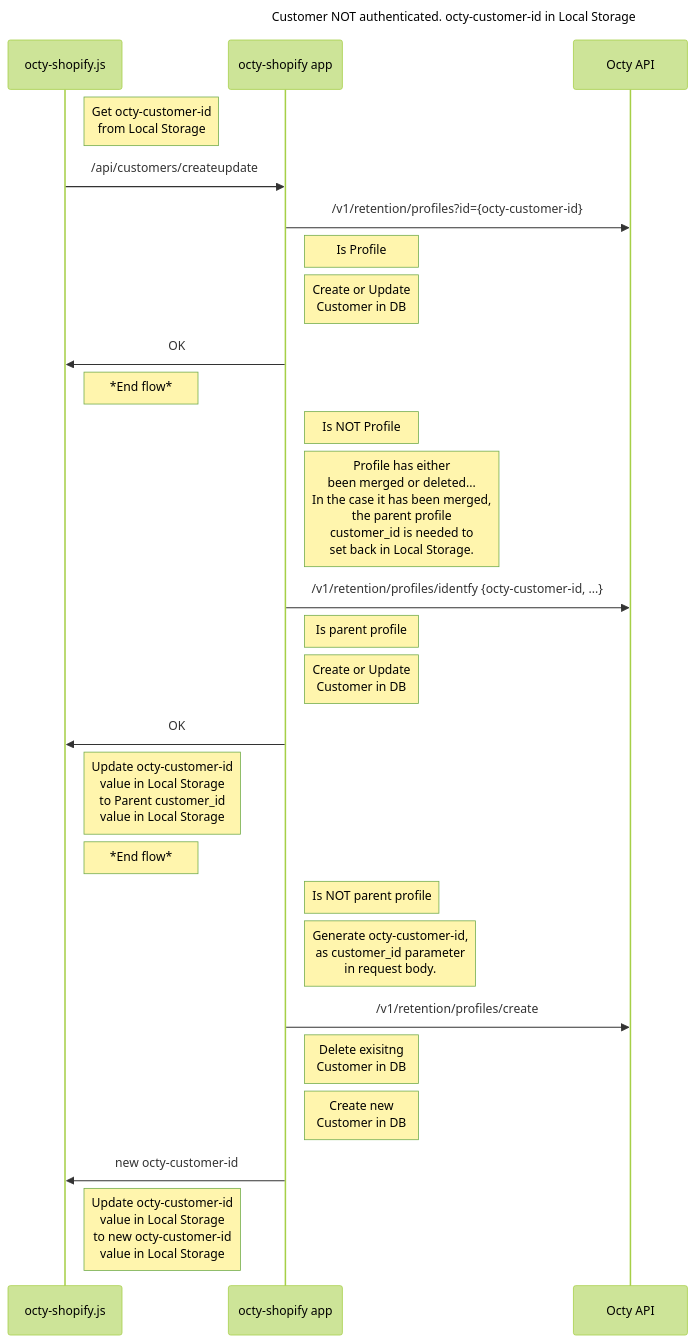
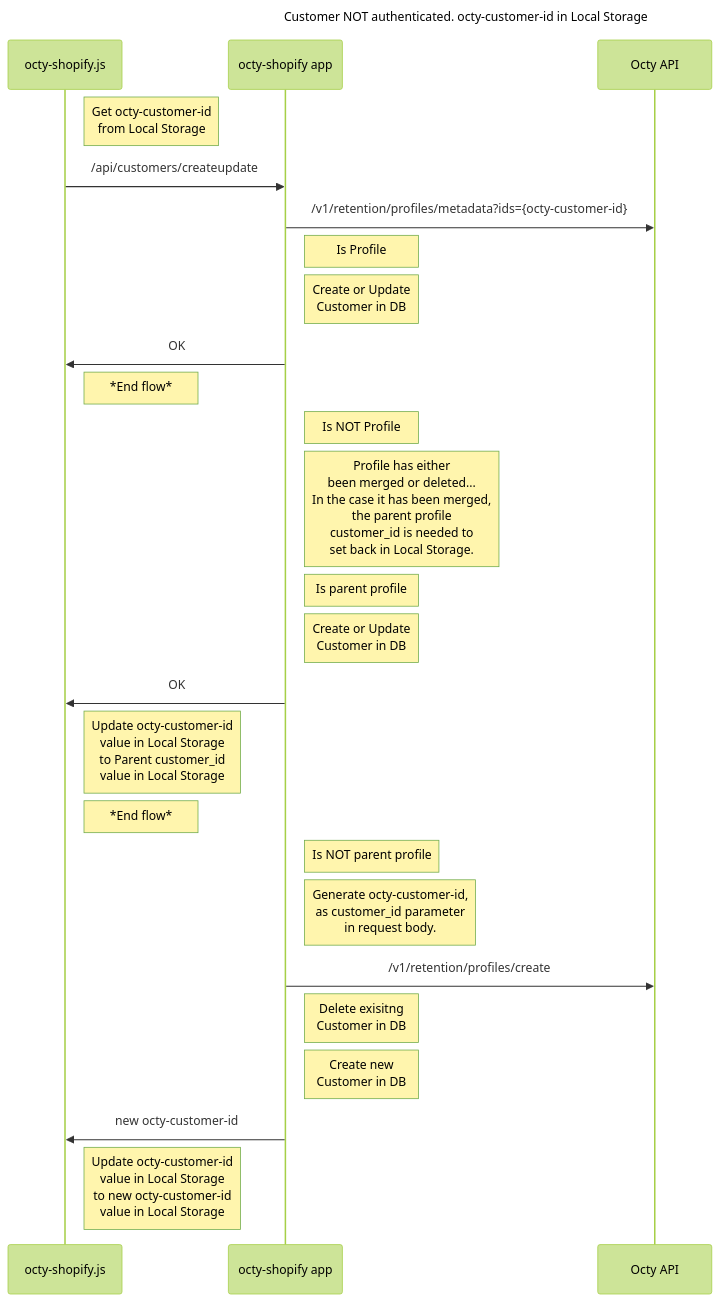
One commit to Octy-ai/octy-shopify changed the third of 10 diagrams in README.md. Above: the diagram before and after it, drawn with Mermaid (forest theme). The commit also changed other lines of this file and 6 other files, not shown here.

First line of the commit message:
Updated anonymous session tracking flow.

````diff
--- a/README.md
+++ b/README.md
@@ -373,26 +373,25 @@
 ```mermaid
 sequenceDiagram
 Title: Customer NOT authenticated. octy-customer-id in Local Storage
 note right of octy-shopify.js: Get octy-customer-id <br/>from Local Storage
 octy-shopify.js ->> octy-shopify app: /api/customers/createupdate
-octy-shopify app ->> Octy API: /v1/retention/profiles?id={octy-customer-id}
+octy-shopify app ->> Octy API: /v1/retention/profiles/metadata?ids={octy-customer-id}
 note right of octy-shopify app: Is Profile
 note right of octy-shopify app: Create or Update <br/>Customer in DB
 octy-shopify app ->> octy-shopify.js: OK
 note right of octy-shopify.js: *End flow*
 note right of octy-shopify app: Is NOT Profile
 note right of octy-shopify app: Profile has either <br/>been merged or deleted...<br/> In the case it has been merged,<br/> the parent profile <br/> customer_id is needed to <br/>set back in Local Storage.
-octy-shopify app ->> Octy API: /v1/retention/profiles/identfy {octy-customer-id, ...}
 note right of octy-shopify app: Is parent profile
 note right of octy-shopify app: Create or Update <br/>Customer in DB
 octy-shopify app ->> octy-shopify.js: OK
 note right of octy-shopify.js: Update octy-customer-id <br/>value in Local Storage <br/> to Parent customer_id <br/>value in Local Storage
 note right of octy-shopify.js: *End flow*
 note right of octy-shopify app: Is NOT parent profile
 note right of octy-shopify app: Generate octy-customer-id, <br/>as customer_id parameter<br/>in request body.
 octy-shopify app ->> Octy API: /v1/retention/profiles/create
 note right of octy-shopify app: Delete exisitng <br/>Customer in DB
 note right of octy-shopify app: Create new <br/>Customer in DB
 octy-shopify app ->> octy-shopify.js: new octy-customer-id
 note right of octy-shopify.js: Update octy-customer-id <br/>value in Local Storage <br/> to new octy-customer-id <br/>value in Local Storage
 ```
````
